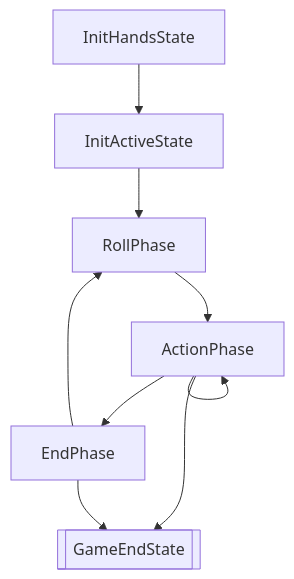
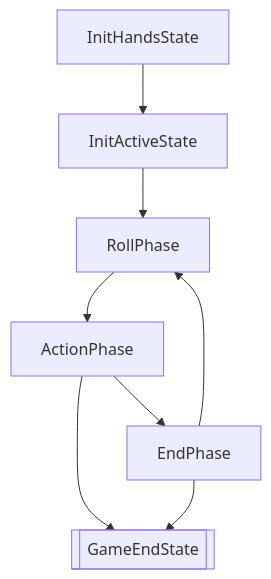
One commit to guyutongxue/genius-invokation changed the diagram in docs/develop/state.md. Above: the diagram before and after it, drawn with Mermaid. The commit also changed other lines of this file and 5 other files, not shown here.

````diff
--- a/docs/develop/state.md
+++ b/docs/develop/state.md
@@ -5,8 +5,7 @@
 ```mermaid
 flowchart TB
   InitHandsState --> InitActiveState --> RollPhase --> ActionPhase --> EndPhase --> RollPhase
   ges[[GameEndState]]
   ActionPhase --> ges
-  ActionPhase --> ActionPhase
   EndPhase --> ges
 ```
````
